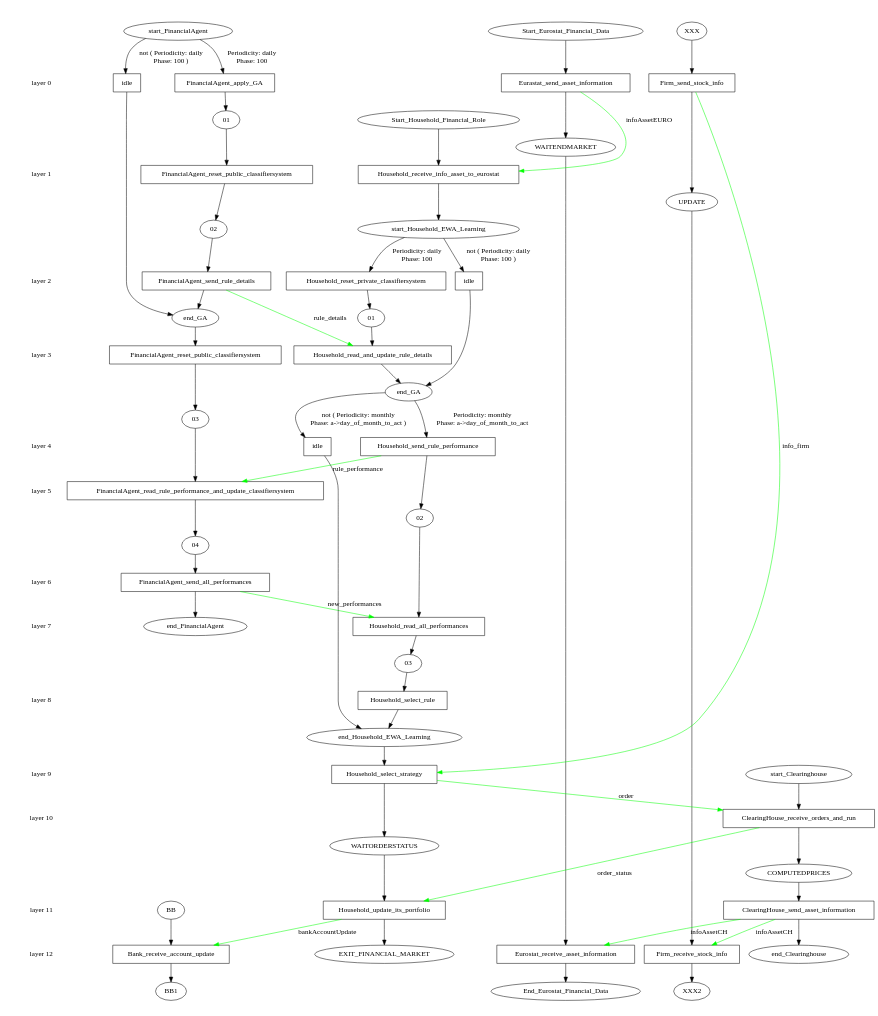
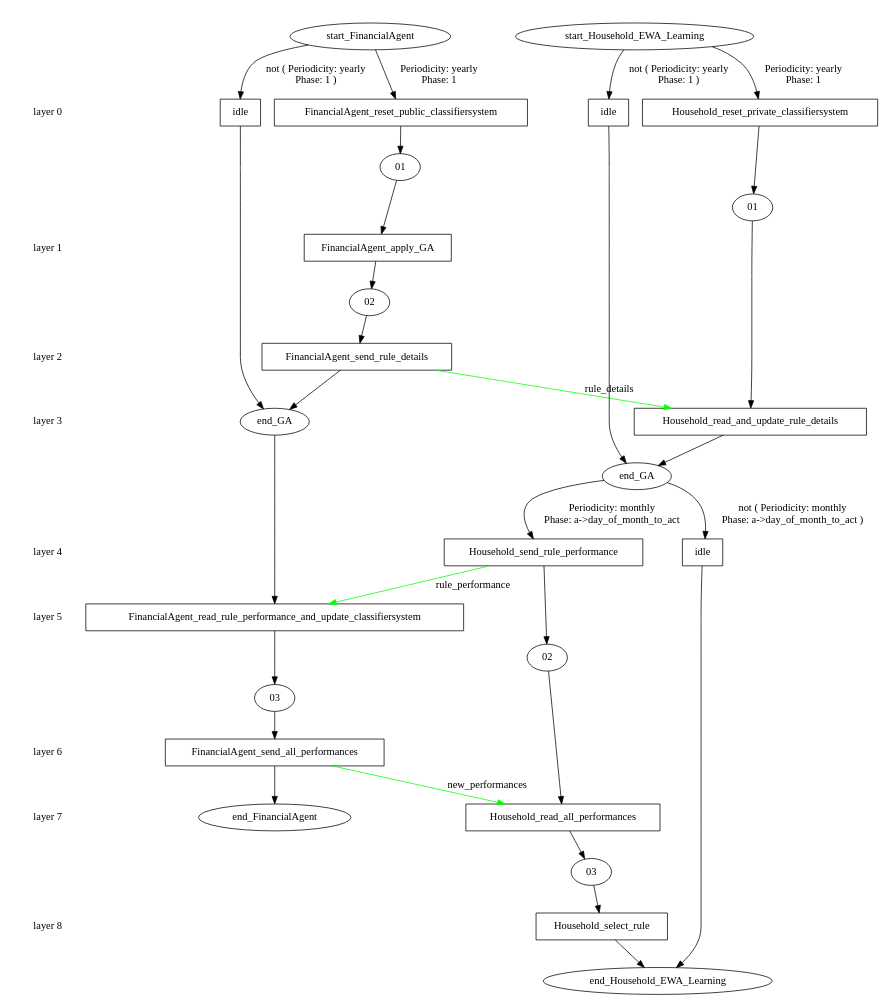
One commit to ETACE/EURACE changed the diagram in models/AFM/afm_branches/initial/stategraph.dot. Above: the diagram before and after it, drawn with Graphviz. The commit also changed 2 other files, not shown here.

Commit message:
deleted old Financial folder, added branch to current FM_UG

```diff
--- a/models/AFM/afm_branches/initial/stategraph.dot
+++ b/models/AFM/afm_branches/initial/stategraph.dot
@@ -18,18 +18,9 @@
 	layer_6 -> layer_7 [style=invis];
 	layer_8 [shape=plaintext, label="layer 8"];
 	layer_7 -> layer_8 [style=invis];
-	layer_9 [shape=plaintext, label="layer 9"];
-	layer_8 -> layer_9 [style=invis];
-	layer_10 [shape=plaintext, label="layer 10"];
-	layer_9 -> layer_10 [style=invis];
-	layer_11 [shape=plaintext, label="layer 11"];
-	layer_10 -> layer_11 [style=invis];
-	layer_12 [shape=plaintext, label="layer 12"];
-	layer_11 -> layer_12 [style=invis];
 	
 	/* States */
 	FinancialAgent_end_FinancialAgent [label = "end_FinancialAgent"]
-	FinancialAgent_04 [label = "04"]
 	FinancialAgent_03 [label = "03"]
 	FinancialAgent_02 [label = "02"]
 	FinancialAgent_01 [label = "01"]
@@ -37,34 +28,16 @@
 	FinancialAgent_start_FinancialAgent [label = "start_FinancialAgent"]
 	Household_03 [label = "03"]
 	Household_02 [label = "02"]
+	Household_end_Household_EWA_Learning [label = "end_Household_EWA_Learning"]
 	Household_01 [label = "01"]
 	Household_end_GA [label = "end_GA"]
-	Household_EXIT_FINANCIAL_MARKET [label = "EXIT_FINANCIAL_MARKET"]
-	Household_WAITORDERSTATUS [label = "WAITORDERSTATUS"]
-	Household_end_Household_EWA_Learning [label = "end_Household_EWA_Learning"]
 	Household_start_Household_EWA_Learning [label = "start_Household_EWA_Learning"]
-	Household_Start_Household_Financial_Role [label = "Start_Household_Financial_Role"]
-	Eurostat_End_Eurostat_Financial_Data [label = "End_Eurostat_Financial_Data"]
-	Eurostat_WAITENDMARKET [label = "WAITENDMARKET"]
-	Eurostat_Start_Eurostat_Financial_Data [label = "Start_Eurostat_Financial_Data"]
-	Clearinghouse_end_Clearinghouse [label = "end_Clearinghouse"]
-	Clearinghouse_COMPUTEDPRICES [label = "COMPUTEDPRICES"]
-	Clearinghouse_start_Clearinghouse [label = "start_Clearinghouse"]
-	Bank_BB1 [label = "BB1"]
-	Bank_BB [label = "BB"]
-	Firm_XXX2 [label = "XXX2"]
-	Firm_UPDATE [label = "UPDATE"]
-	Firm_XXX [label = "XXX"]
 	FinancialAgent_idle_start_FinancialAgent_end_GA [label = "idle", shape = rect]
-	FinancialAgent_FinancialAgent_apply_GA_start_FinancialAgent_01 [label = "FinancialAgent_apply_GA", shape = rect]
-	FinancialAgent_FinancialAgent_reset_public_classifiersystem_01_02 [label = "FinancialAgent_reset_public_classifiersystem", shape = rect]
+	FinancialAgent_FinancialAgent_reset_public_classifiersystem_start_FinancialAgent_01 [label = "FinancialAgent_reset_public_classifiersystem", shape = rect]
+	FinancialAgent_FinancialAgent_apply_GA_01_02 [label = "FinancialAgent_apply_GA", shape = rect]
 	FinancialAgent_FinancialAgent_send_rule_details_02_end_GA [label = "FinancialAgent_send_rule_details", shape = rect]
-	FinancialAgent_FinancialAgent_reset_public_classifiersystem_end_GA_03 [label = "FinancialAgent_reset_public_classifiersystem", shape = rect]
-	FinancialAgent_FinancialAgent_read_rule_performance_and_update_classifiersystem_03_04 [label = "FinancialAgent_read_rule_performance_and_update_classifiersystem", shape = rect]
-	FinancialAgent_FinancialAgent_send_all_performances_04_end_FinancialAgent [label = "FinancialAgent_send_all_performances", shape = rect]
-	Household_Household_receive_info_asset_to_eurostat_Start_Household_Financial_Role_start_Household_EWA_Learning [label = "Household_receive_info_asset_to_eurostat", shape = rect]
-	Household_Household_select_strategy_end_Household_EWA_Learning_WAITORDERSTATUS [label = "Household_select_strategy", shape = rect]
-	Household_Household_update_its_portfolio_WAITORDERSTATUS_EXIT_FINANCIAL_MARKET [label = "Household_update_its_portfolio", shape = rect]
+	FinancialAgent_FinancialAgent_read_rule_performance_and_update_classifiersystem_end_GA_03 [label = "FinancialAgent_read_rule_performance_and_update_classifiersystem", shape = rect]
+	FinancialAgent_FinancialAgent_send_all_performances_03_end_FinancialAgent [label = "FinancialAgent_send_all_performances", shape = rect]
 	Household_idle_start_Household_EWA_Learning_end_GA [label = "idle", shape = rect]
 	Household_Household_reset_private_classifiersystem_start_Household_EWA_Learning_01 [label = "Household_reset_private_classifiersystem", shape = rect]
 	Household_Household_read_and_update_rule_details_01_end_GA [label = "Household_read_and_update_rule_details", shape = rect]
@@ -72,38 +45,23 @@
 	Household_Household_send_rule_performance_end_GA_02 [label = "Household_send_rule_performance", shape = rect]
 	Household_Household_read_all_performances_02_03 [label = "Household_read_all_performances", shape = rect]
 	Household_Household_select_rule_03_end_Household_EWA_Learning [label = "Household_select_rule", shape = rect]
-	Eurostat_Eurastat_send_asset_information_Start_Eurostat_Financial_Data_WAITENDMARKET [label = "Eurastat_send_asset_information", shape = rect]
-	Eurostat_Eurostat_receive_asset_information_WAITENDMARKET_End_Eurostat_Financial_Data [label = "Eurostat_receive_asset_information", shape = rect]
-	Clearinghouse_ClearingHouse_receive_orders_and_run_start_Clearinghouse_COMPUTEDPRICES [label = "ClearingHouse_receive_orders_and_run", shape = rect]
-	Clearinghouse_ClearingHouse_send_asset_information_COMPUTEDPRICES_end_Clearinghouse [label = "ClearingHouse_send_asset_information", shape = rect]
-	Bank_Bank_receive_account_update_BB_BB1 [label = "Bank_receive_account_update", shape = rect]
-	Firm_Firm_send_stock_info_XXX_UPDATE [label = "Firm_send_stock_info", shape = rect]
-	Firm_Firm_receive_stock_info_UPDATE_XXX2 [label = "Firm_receive_stock_info", shape = rect]
 	
 	/* Transitions */
-	FinancialAgent_start_FinancialAgent -> FinancialAgent_idle_start_FinancialAgent_end_GA [ label = "not ( Periodicity: daily\nPhase: 100 )"];
+	FinancialAgent_start_FinancialAgent -> FinancialAgent_idle_start_FinancialAgent_end_GA [ label = "not ( Periodicity: yearly\nPhase: 1 )"];
 	FinancialAgent_idle_start_FinancialAgent_end_GA -> FinancialAgent_end_GA;
-	FinancialAgent_start_FinancialAgent -> FinancialAgent_FinancialAgent_apply_GA_start_FinancialAgent_01 [ label = "Periodicity: daily\nPhase: 100"];
-	FinancialAgent_FinancialAgent_apply_GA_start_FinancialAgent_01 -> FinancialAgent_01;
-	FinancialAgent_01 -> FinancialAgent_FinancialAgent_reset_public_classifiersystem_01_02;
-	FinancialAgent_FinancialAgent_reset_public_classifiersystem_01_02 -> FinancialAgent_02;
+	FinancialAgent_start_FinancialAgent -> FinancialAgent_FinancialAgent_reset_public_classifiersystem_start_FinancialAgent_01 [ label = "Periodicity: yearly\nPhase: 1"];
+	FinancialAgent_FinancialAgent_reset_public_classifiersystem_start_FinancialAgent_01 -> FinancialAgent_01;
+	FinancialAgent_01 -> FinancialAgent_FinancialAgent_apply_GA_01_02;
+	FinancialAgent_FinancialAgent_apply_GA_01_02 -> FinancialAgent_02;
 	FinancialAgent_02 -> FinancialAgent_FinancialAgent_send_rule_details_02_end_GA;
 	FinancialAgent_FinancialAgent_send_rule_details_02_end_GA -> FinancialAgent_end_GA;
-	FinancialAgent_end_GA -> FinancialAgent_FinancialAgent_reset_public_classifiersystem_end_GA_03;
-	FinancialAgent_FinancialAgent_reset_public_classifiersystem_end_GA_03 -> FinancialAgent_03;
-	FinancialAgent_03 -> FinancialAgent_FinancialAgent_read_rule_performance_and_update_classifiersystem_03_04;
-	FinancialAgent_FinancialAgent_read_rule_performance_and_update_classifiersystem_03_04 -> FinancialAgent_04;
-	FinancialAgent_04 -> FinancialAgent_FinancialAgent_send_all_performances_04_end_FinancialAgent;
-	FinancialAgent_FinancialAgent_send_all_performances_04_end_FinancialAgent -> FinancialAgent_end_FinancialAgent;
-	Household_Start_Household_Financial_Role -> Household_Household_receive_info_asset_to_eurostat_Start_Household_Financial_Role_start_Household_EWA_Learning;
-	Household_Household_receive_info_asset_to_eurostat_Start_Household_Financial_Role_start_Household_EWA_Learning -> Household_start_Household_EWA_Learning;
-	Household_end_Household_EWA_Learning -> Household_Household_select_strategy_end_Household_EWA_Learning_WAITORDERSTATUS;
-	Household_Household_select_strategy_end_Household_EWA_Learning_WAITORDERSTATUS -> Household_WAITORDERSTATUS;
-	Household_WAITORDERSTATUS -> Household_Household_update_its_portfolio_WAITORDERSTATUS_EXIT_FINANCIAL_MARKET;
-	Household_Household_update_its_portfolio_WAITORDERSTATUS_EXIT_FINANCIAL_MARKET -> Household_EXIT_FINANCIAL_MARKET;
-	Household_start_Household_EWA_Learning -> Household_idle_start_Household_EWA_Learning_end_GA [ label = "not ( Periodicity: daily\nPhase: 100 )"];
+	FinancialAgent_end_GA -> FinancialAgent_FinancialAgent_read_rule_performance_and_update_classifiersystem_end_GA_03;
+	FinancialAgent_FinancialAgent_read_rule_performance_and_update_classifiersystem_end_GA_03 -> FinancialAgent_03;
+	FinancialAgent_03 -> FinancialAgent_FinancialAgent_send_all_performances_03_end_FinancialAgent;
+	FinancialAgent_FinancialAgent_send_all_performances_03_end_FinancialAgent -> FinancialAgent_end_FinancialAgent;
+	Household_start_Household_EWA_Learning -> Household_idle_start_Household_EWA_Learning_end_GA [ label = "not ( Periodicity: yearly\nPhase: 1 )"];
 	Household_idle_start_Household_EWA_Learning_end_GA -> Household_end_GA;
-	Household_start_Household_EWA_Learning -> Household_Household_reset_private_classifiersystem_start_Household_EWA_Learning_01 [ label = "Periodicity: daily\nPhase: 100"];
+	Household_start_Household_EWA_Learning -> Household_Household_reset_private_classifiersystem_start_Household_EWA_Learning_01 [ label = "Periodicity: yearly\nPhase: 1"];
 	Household_Household_reset_private_classifiersystem_start_Household_EWA_Learning_01 -> Household_01;
 	Household_01 -> Household_Household_read_and_update_rule_details_01_end_GA;
 	Household_Household_read_and_update_rule_details_01_end_GA -> Household_end_GA;
@@ -115,43 +73,18 @@
 	Household_Household_read_all_performances_02_03 -> Household_03;
 	Household_03 -> Household_Household_select_rule_03_end_Household_EWA_Learning;
 	Household_Household_select_rule_03_end_Household_EWA_Learning -> Household_end_Household_EWA_Learning;
-	Eurostat_Start_Eurostat_Financial_Data -> Eurostat_Eurastat_send_asset_information_Start_Eurostat_Financial_Data_WAITENDMARKET;
-	Eurostat_Eurastat_send_asset_information_Start_Eurostat_Financial_Data_WAITENDMARKET -> Eurostat_WAITENDMARKET;
-	Eurostat_WAITENDMARKET -> Eurostat_Eurostat_receive_asset_information_WAITENDMARKET_End_Eurostat_Financial_Data;
-	Eurostat_Eurostat_receive_asset_information_WAITENDMARKET_End_Eurostat_Financial_Data -> Eurostat_End_Eurostat_Financial_Data;
-	Clearinghouse_start_Clearinghouse -> Clearinghouse_ClearingHouse_receive_orders_and_run_start_Clearinghouse_COMPUTEDPRICES;
-	Clearinghouse_ClearingHouse_receive_orders_and_run_start_Clearinghouse_COMPUTEDPRICES -> Clearinghouse_COMPUTEDPRICES;
-	Clearinghouse_COMPUTEDPRICES -> Clearinghouse_ClearingHouse_send_asset_information_COMPUTEDPRICES_end_Clearinghouse;
-	Clearinghouse_ClearingHouse_send_asset_information_COMPUTEDPRICES_end_Clearinghouse -> Clearinghouse_end_Clearinghouse;
-	Bank_BB -> Bank_Bank_receive_account_update_BB_BB1;
-	Bank_Bank_receive_account_update_BB_BB1 -> Bank_BB1;
-	Firm_XXX -> Firm_Firm_send_stock_info_XXX_UPDATE;
-	Firm_Firm_send_stock_info_XXX_UPDATE -> Firm_UPDATE;
-	Firm_UPDATE -> Firm_Firm_receive_stock_info_UPDATE_XXX2;
-	Firm_Firm_receive_stock_info_UPDATE_XXX2 -> Firm_XXX2;
 	
 	/* Communications */
-	Clearinghouse_ClearingHouse_send_asset_information_COMPUTEDPRICES_end_Clearinghouse -> Firm_Firm_receive_stock_info_UPDATE_XXX2 [ label = "infoAssetCH" color="#00ff00" constraint=false];
-	Household_Household_update_its_portfolio_WAITORDERSTATUS_EXIT_FINANCIAL_MARKET -> Bank_Bank_receive_account_update_BB_BB1 [ label = "bankAccountUpdate" color="#00ff00" constraint=false];
-	Household_Household_select_strategy_end_Household_EWA_Learning_WAITORDERSTATUS -> Clearinghouse_ClearingHouse_receive_orders_and_run_start_Clearinghouse_COMPUTEDPRICES [ label = "order" color="#00ff00" constraint=false];
-	Clearinghouse_ClearingHouse_send_asset_information_COMPUTEDPRICES_end_Clearinghouse -> Eurostat_Eurostat_receive_asset_information_WAITENDMARKET_End_Eurostat_Financial_Data [ label = "infoAssetCH" color="#00ff00" constraint=false];
-	FinancialAgent_FinancialAgent_send_all_performances_04_end_FinancialAgent -> Household_Household_read_all_performances_02_03 [ label = "new_performances" color="#00ff00" constraint=false];
+	FinancialAgent_FinancialAgent_send_all_performances_03_end_FinancialAgent -> Household_Household_read_all_performances_02_03 [ label = "new_performances" color="#00ff00" constraint=false];
 	FinancialAgent_FinancialAgent_send_rule_details_02_end_GA -> Household_Household_read_and_update_rule_details_01_end_GA [ label = "rule_details" color="#00ff00" constraint=false];
-	Clearinghouse_ClearingHouse_receive_orders_and_run_start_Clearinghouse_COMPUTEDPRICES -> Household_Household_update_its_portfolio_WAITORDERSTATUS_EXIT_FINANCIAL_MARKET [ label = "order_status" color="#00ff00" constraint=false];
-	Firm_Firm_send_stock_info_XXX_UPDATE -> Household_Household_select_strategy_end_Household_EWA_Learning_WAITORDERSTATUS [ label = "info_firm" color="#00ff00" constraint=false];
-	Eurostat_Eurastat_send_asset_information_Start_Eurostat_Financial_Data_WAITENDMARKET -> Household_Household_receive_info_asset_to_eurostat_Start_Household_Financial_Role_start_Household_EWA_Learning [ label = "infoAssetEURO" color="#00ff00" constraint=false];
-	Household_Household_send_rule_performance_end_GA_02 -> FinancialAgent_FinancialAgent_read_rule_performance_and_update_classifiersystem_03_04 [ label = "rule_performance" color="#00ff00" constraint=false];
-	{ rank=same; layer_0;  FinancialAgent_idle_start_FinancialAgent_end_GA;  FinancialAgent_FinancialAgent_apply_GA_start_FinancialAgent_01;  Eurostat_Eurastat_send_asset_information_Start_Eurostat_Financial_Data_WAITENDMARKET;  Firm_Firm_send_stock_info_XXX_UPDATE; }
-	{ rank=same; layer_1;  FinancialAgent_FinancialAgent_reset_public_classifiersystem_01_02;  Household_Household_receive_info_asset_to_eurostat_Start_Household_Financial_Role_start_Household_EWA_Learning; }
-	{ rank=same; layer_2;  FinancialAgent_FinancialAgent_send_rule_details_02_end_GA;  Household_idle_start_Household_EWA_Learning_end_GA;  Household_Household_reset_private_classifiersystem_start_Household_EWA_Learning_01; }
-	{ rank=same; layer_3;  FinancialAgent_FinancialAgent_reset_public_classifiersystem_end_GA_03;  Household_Household_read_and_update_rule_details_01_end_GA; }
+	Household_Household_send_rule_performance_end_GA_02 -> FinancialAgent_FinancialAgent_read_rule_performance_and_update_classifiersystem_end_GA_03 [ label = "rule_performance" color="#00ff00" constraint=false];
+	{ rank=same; layer_0;  FinancialAgent_idle_start_FinancialAgent_end_GA;  FinancialAgent_FinancialAgent_reset_public_classifiersystem_start_FinancialAgent_01;  Household_idle_start_Household_EWA_Learning_end_GA;  Household_Household_reset_private_classifiersystem_start_Household_EWA_Learning_01; }
+	{ rank=same; layer_1;  FinancialAgent_FinancialAgent_apply_GA_01_02; }
+	{ rank=same; layer_2;  FinancialAgent_FinancialAgent_send_rule_details_02_end_GA; }
+	{ rank=same; layer_3;  Household_Household_read_and_update_rule_details_01_end_GA; }
 	{ rank=same; layer_4;  Household_idle_end_GA_end_Household_EWA_Learning;  Household_Household_send_rule_performance_end_GA_02; }
-	{ rank=same; layer_5;  FinancialAgent_FinancialAgent_read_rule_performance_and_update_classifiersystem_03_04; }
-	{ rank=same; layer_6;  FinancialAgent_FinancialAgent_send_all_performances_04_end_FinancialAgent; }
+	{ rank=same; layer_5;  FinancialAgent_FinancialAgent_read_rule_performance_and_update_classifiersystem_end_GA_03; }
+	{ rank=same; layer_6;  FinancialAgent_FinancialAgent_send_all_performances_03_end_FinancialAgent; }
 	{ rank=same; layer_7;  Household_Household_read_all_performances_02_03; }
 	{ rank=same; layer_8;  Household_Household_select_rule_03_end_Household_EWA_Learning; }
-	{ rank=same; layer_9;  Household_Household_select_strategy_end_Household_EWA_Learning_WAITORDERSTATUS; }
-	{ rank=same; layer_10;  Clearinghouse_ClearingHouse_receive_orders_and_run_start_Clearinghouse_COMPUTEDPRICES; }
-	{ rank=same; layer_11;  Household_Household_update_its_portfolio_WAITORDERSTATUS_EXIT_FINANCIAL_MARKET;  Clearinghouse_ClearingHouse_send_asset_information_COMPUTEDPRICES_end_Clearinghouse; }
-	{ rank=same; layer_12;  Eurostat_Eurostat_receive_asset_information_WAITENDMARKET_End_Eurostat_Financial_Data;  Bank_Bank_receive_account_update_BB_BB1;  Firm_Firm_receive_stock_info_UPDATE_XXX2; }
 }
```
